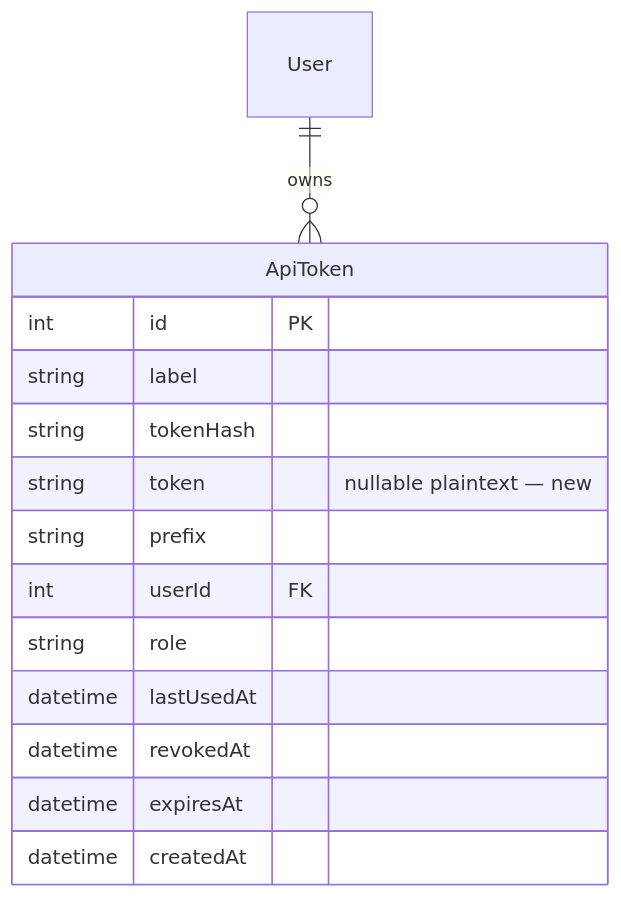
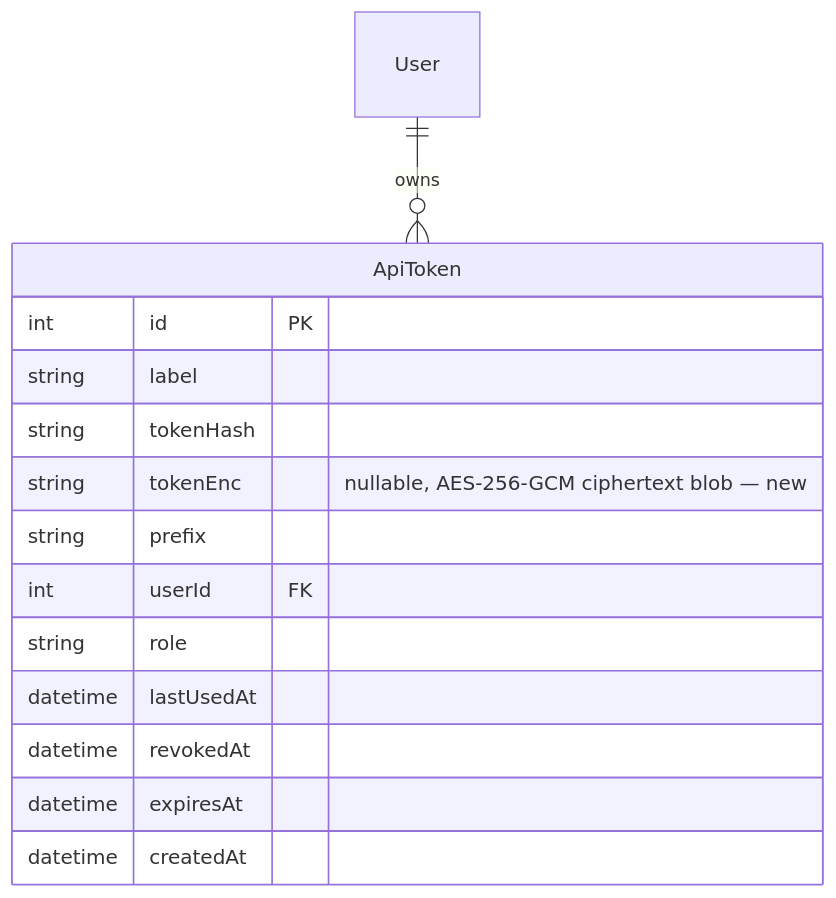
The second of 2 diagrams in clasi/sprints/007-mcp-oauth-discovery-compliance-and-full-token-display/sprint.md (league-infrastructure/inventory), drawn with Mermaid before and after one commit. The commit also changed other lines of this file, not shown here.

First line of the commit message:
docs(007): architecture revision — encrypted token storage, shared publicUrl helper

````diff
--- a/clasi/sprints/007-mcp-oauth-discovery-compliance-and-full-token-display/sprint.md
+++ b/clasi/sprints/007-mcp-oauth-discovery-compliance-and-full-token-display/sprint.md
@@ -208,17 +269,17 @@
 ```mermaid
 erDiagram
     User ||--o{ ApiToken : owns
     ApiToken {
         int id PK
         string label
         string tokenHash
-        string token "nullable plaintext — new"
+        string tokenEnc "nullable, AES-256-GCM ciphertext blob — new"
         string prefix
         int userId FK
         string role
         datetime lastUsedAt
         datetime revokedAt
         datetime expiresAt
         datetime createdAt
     }
 ```
````
